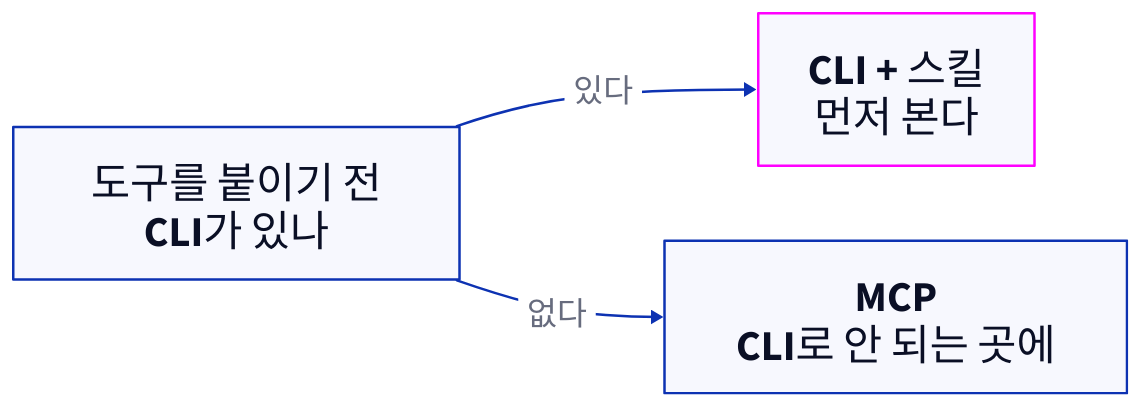
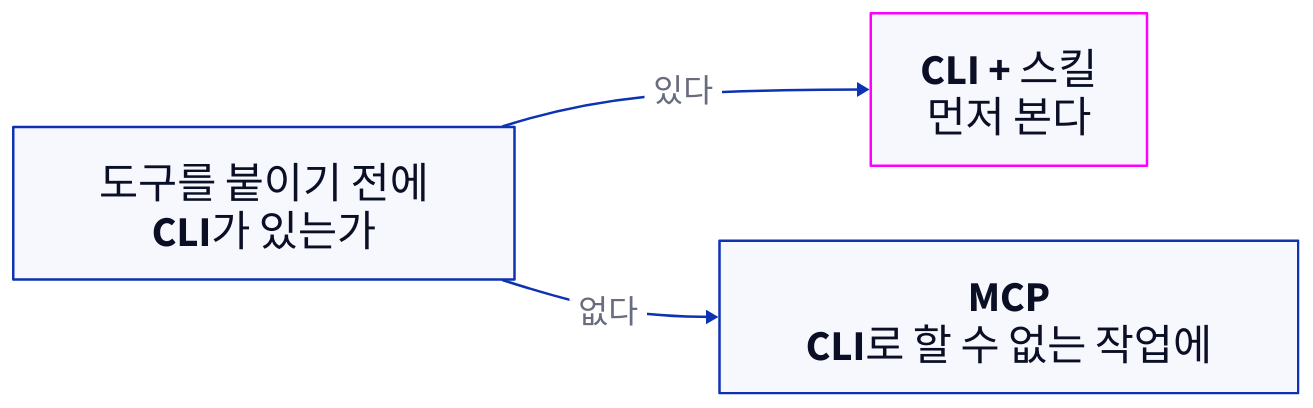
Before and after one commit to TheMagicTower/korean-ai-dev-course: the diagram in kangnam-agentic/diagrams/src/p10-cli-first.d2, drawn with D2. The commit also changed 42 other files, not shown here.

```diff
--- a/kangnam-agentic/diagrams/src/p10-cli-first.d2
+++ b/kangnam-agentic/diagrams/src/p10-cli-first.d2
@@ -1,11 +1,11 @@
 direction: right
-q: "도구를 붙이기 전\nCLI가 있나"
+q: "도구를 붙이기 전에\nCLI가 있는가"
 yes: "CLI + 스킬\n먼저 본다" {
   style.stroke: "#ff00ff"
 }
-no: "MCP\nCLI로 안 되는 곳에"
+no: "MCP\nCLI로 할 수 없는 작업에"
 q -> yes: "있다"
 q -> no: "없다"
 
 **.style.font-size: 34
 (** -> **)[*].style.font-size: 26
```
